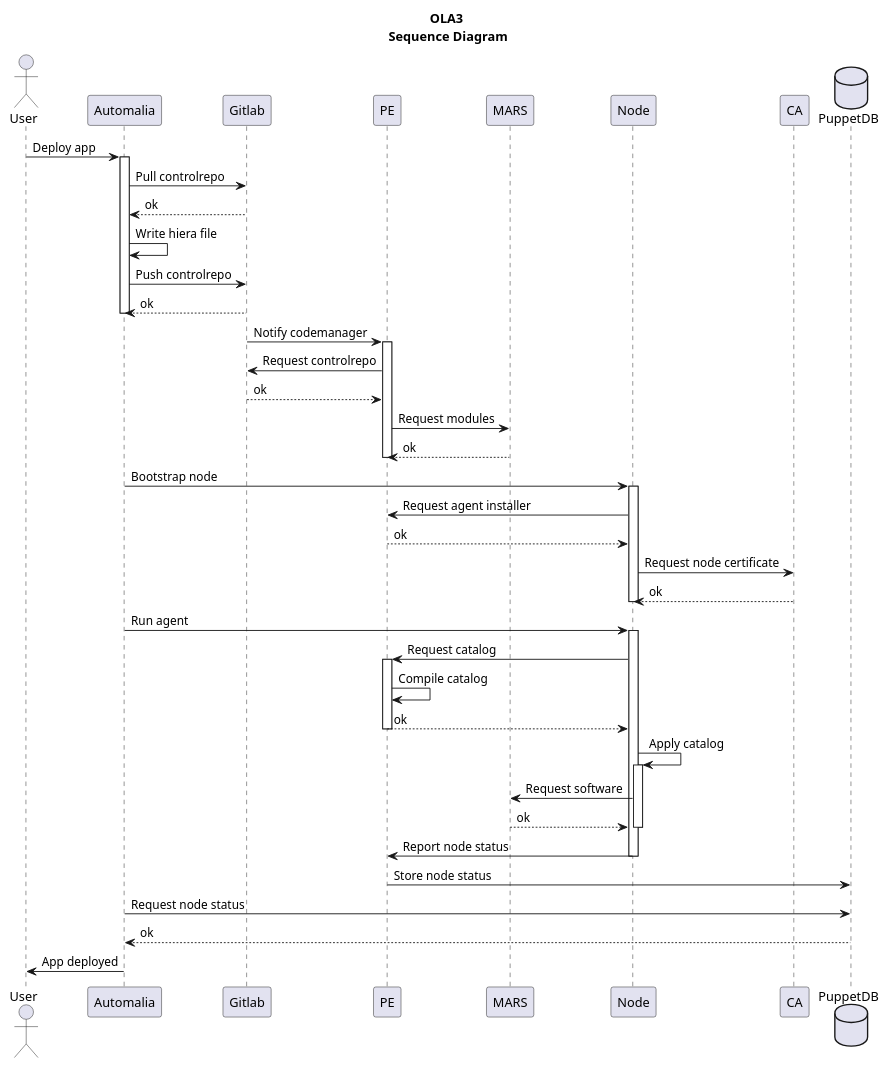
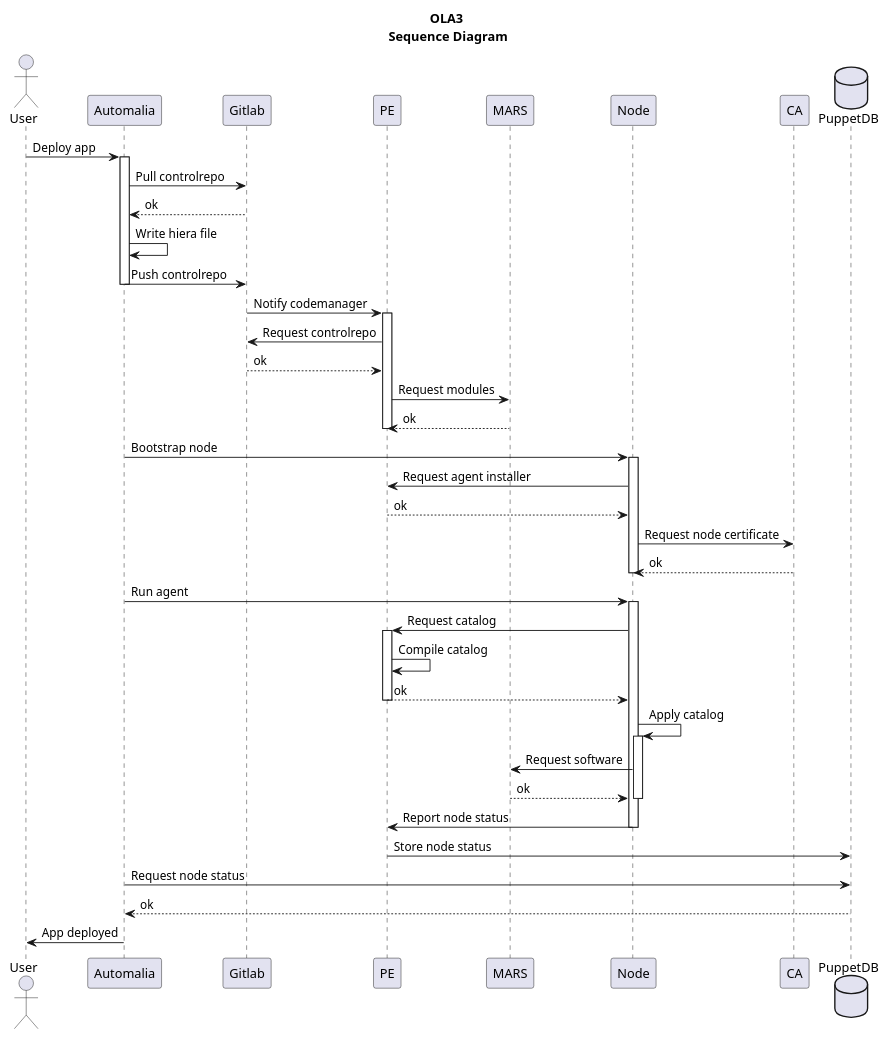
Before and after one commit to CIVIR-ES/PE-vagrant: the diagram in doc/sequence.puml, drawn with PlantUML.

Commit message:
Remove push response

```diff
--- a/doc/sequence.puml
+++ b/doc/sequence.puml
@@ -1,58 +1,57 @@
 @startuml
 title OLA3\n Sequence Diagram
 
 actor User
 participant "Automalia" as A
 participant "Gitlab" as B
 participant "PE" as C
 participant "MARS" as D
 participant "Node" as E
 participant "CA" as F
 database "PuppetDB" as G
 
 User -> A: Deploy app
 activate A
 A -> B: Pull controlrepo
 B --> A: ok
 A -> A: Write hiera file
 A -> B: Push controlrepo
-B --> A: ok
 deactivate A
 
 B -> C: Notify codemanager
 activate C
 C -> B: Request controlrepo
 B --> C: ok
 C -> D: Request modules
 D --> C: ok
 deactivate C
 
 A -> E: Bootstrap node
 activate E
 E -> C: Request agent installer
 C --> E: ok
 E -> F: Request node certificate
 F --> E: ok
 deactivate E
 
 A -> E: Run agent
 activate E
 E -> C: Request catalog
 activate C
 C -> C: Compile catalog
 C --> E: ok
 deactivate C
 E -> E: Apply catalog
 activate E
 E -> D: Request software
 D --> E: ok
 deactivate E
 E -> C: Report node status
 deactivate E
 
 C -> G: Store node status
 A -> G: Request node status
 G --> A: ok
 
 A -> User: App deployed
 @enduml
```
